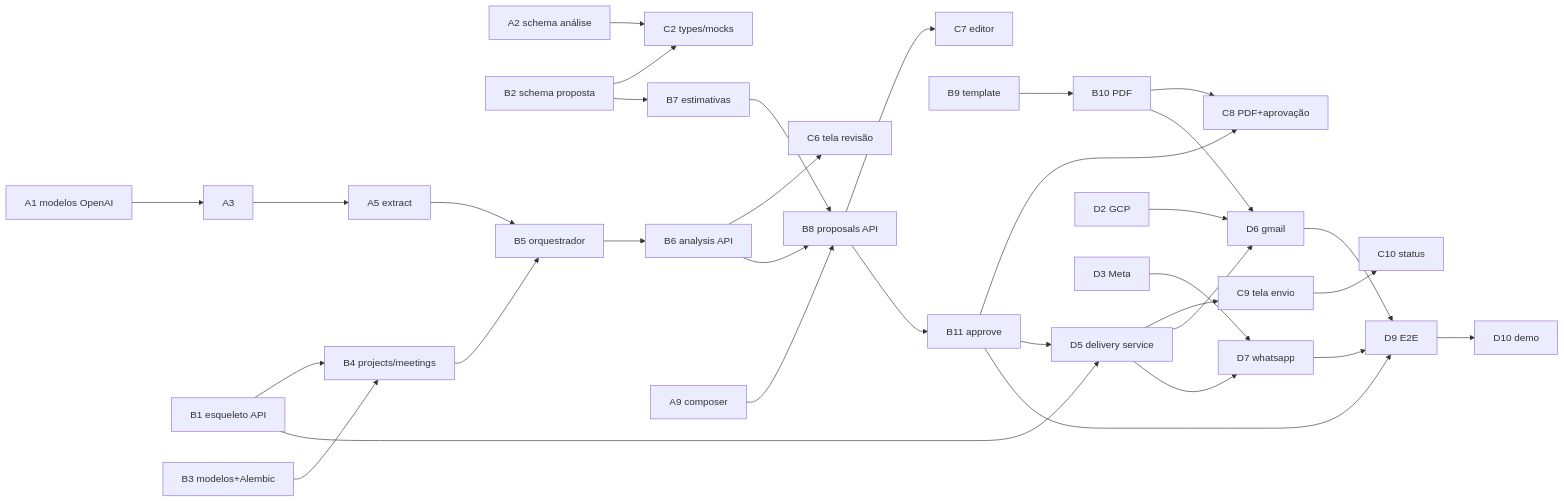
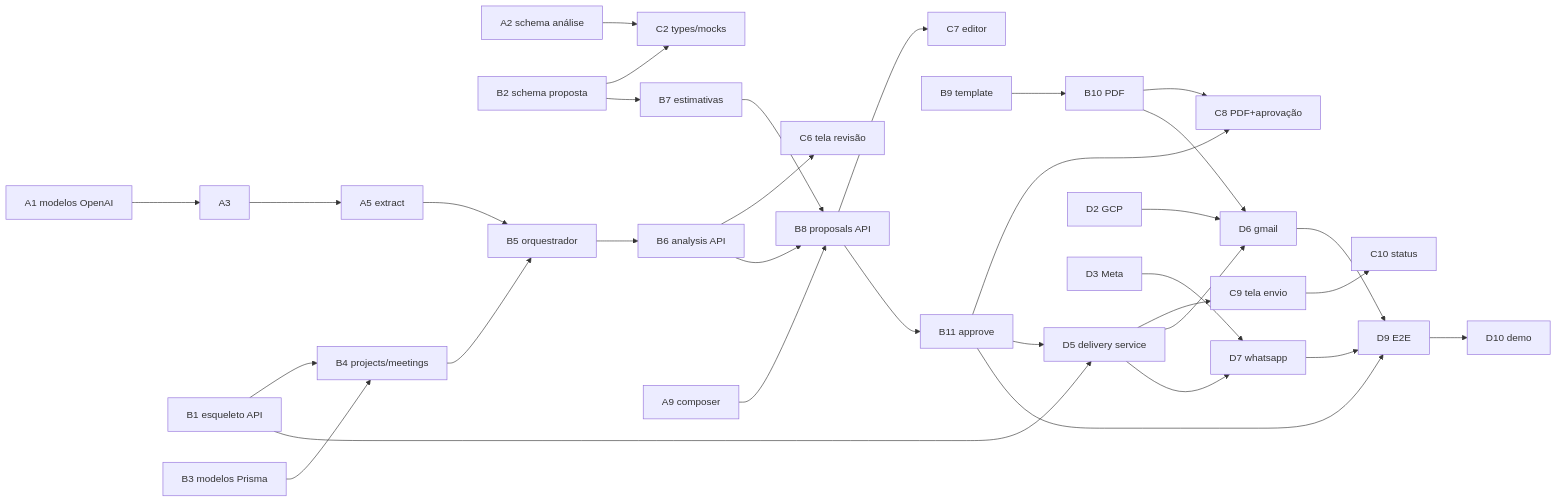
Before and after one commit to patrickmqs/hackathon2026: the diagram in docs/TEAM_TASKS.md, drawn with Mermaid. The commit also changed other lines of this file and 7 other files, not shown here.

````diff
--- a/docs/TEAM_TASKS.md
+++ b/docs/TEAM_TASKS.md
@@ -101,25 +101,25 @@
 ```mermaid
 flowchart LR
     A2[A2 schema análise] --> C2[C2 types/mocks]
     B2[B2 schema proposta] --> C2
     A1[A1 modelos OpenAI] --> A3 --> A5[A5 extract]
     B1[B1 esqueleto API] --> B4[B4 projects/meetings]
-    B3[B3 modelos+Alembic] --> B4
+    B3[B3 modelos Prisma] --> B4
     B4 --> B5[B5 orquestrador]
     A5 --> B5
     B5 --> B6[B6 analysis API] --> C6[C6 tela revisão]
     B2 --> B7[B7 estimativas]
     B6 --> B8[B8 proposals API]
     B7 --> B8
     A9[A9 composer] --> B8
     B8 --> C7[C7 editor]
     B9[B9 template] --> B10[B10 PDF] --> C8[C8 PDF+aprovação]
     B8 --> B11[B11 approve] --> C8
     B1 --> D5[D5 delivery service] --> C9[C9 tela envio] --> C10[C10 status]
     B11 --> D5
     D2[D2 GCP] --> D6[D6 gmail]
     B10 --> D6
     D3[D3 Meta] --> D7[D7 whatsapp]
     D5 --> D6 & D7
     D6 & D7 & B11 --> D9[D9 E2E] --> D10[D10 demo]
 ```
````
